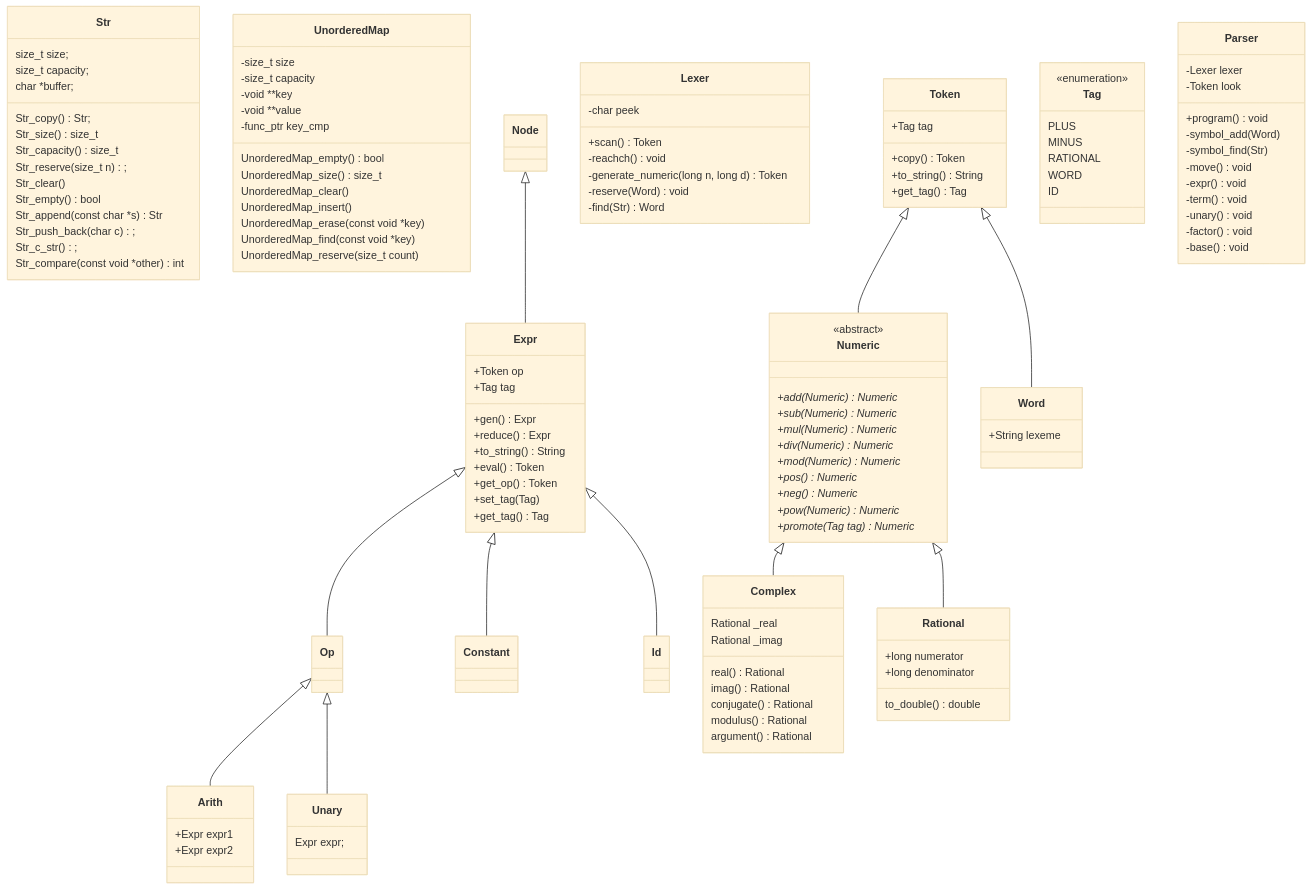
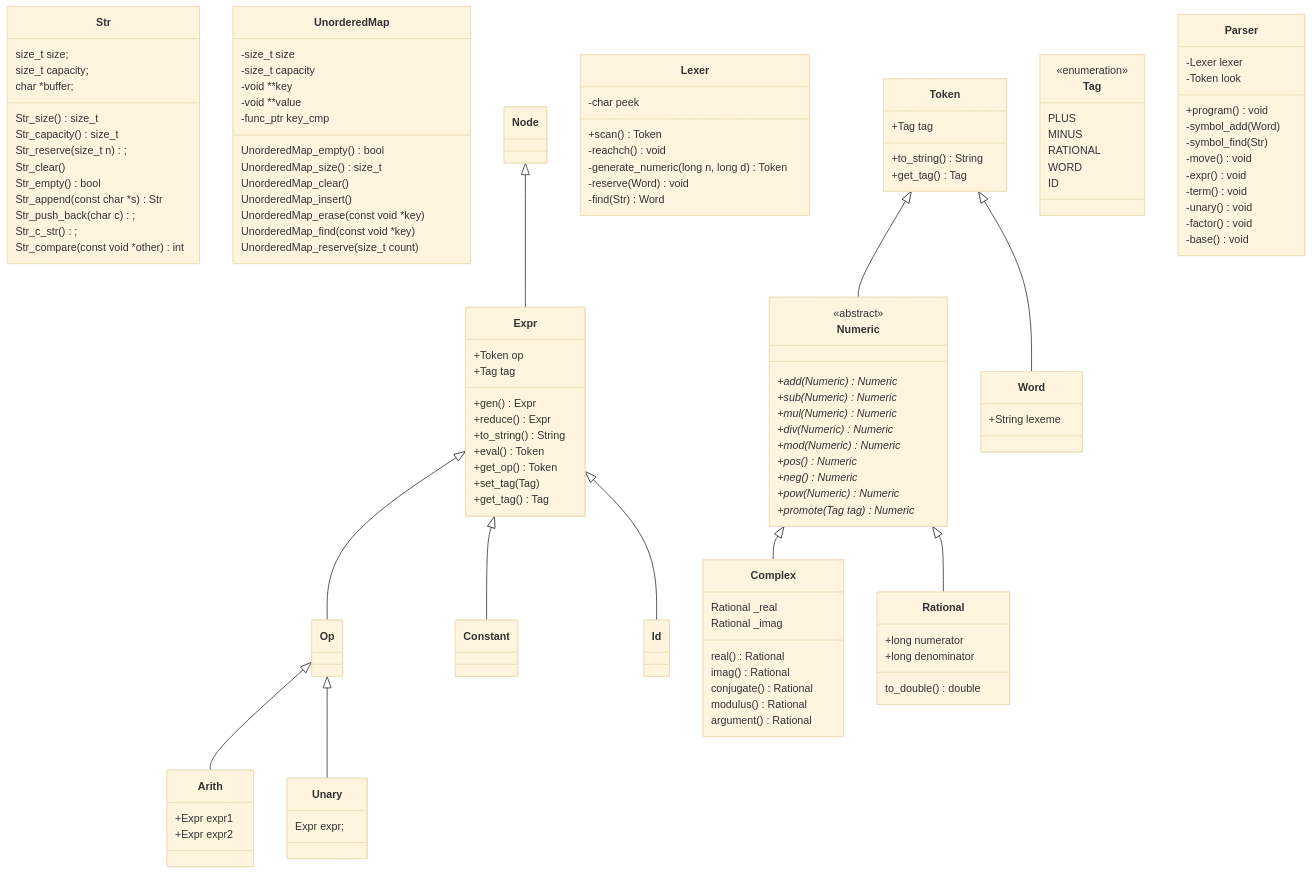
One commit to nwhean/42_computorv changed the diagram in diagram.md. Above: the diagram before and after it, drawn with Mermaid (base theme). The commit also changed 17 other files, not shown here.

```diff
--- a/diagram.md
+++ b/diagram.md
@@ -6,7 +6,6 @@
 		size_t	size;
 		size_t	capacity;
 		char	*buffer;
-		Str_copy() Str;
 		Str_size() size_t
 		Str_capacity() size_t
 		Str_reserve(size_t n);
@@ -126,7 +125,6 @@
 
 	class Token {
 		+Tag tag
-		+copy() Token
 		+to_string() String
 		+get_tag() Tag
 	}
```
